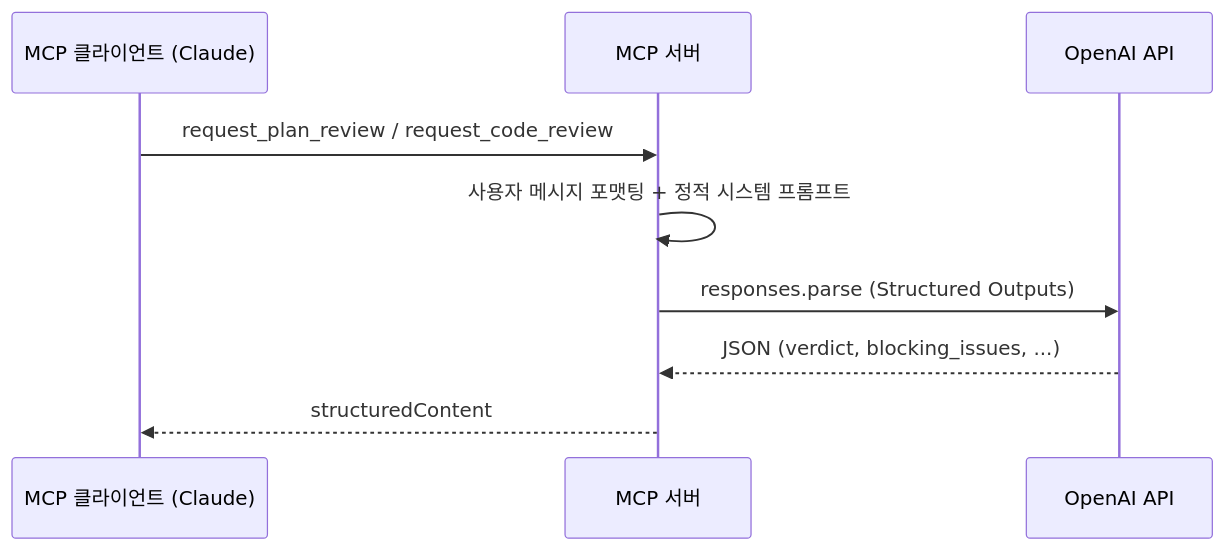
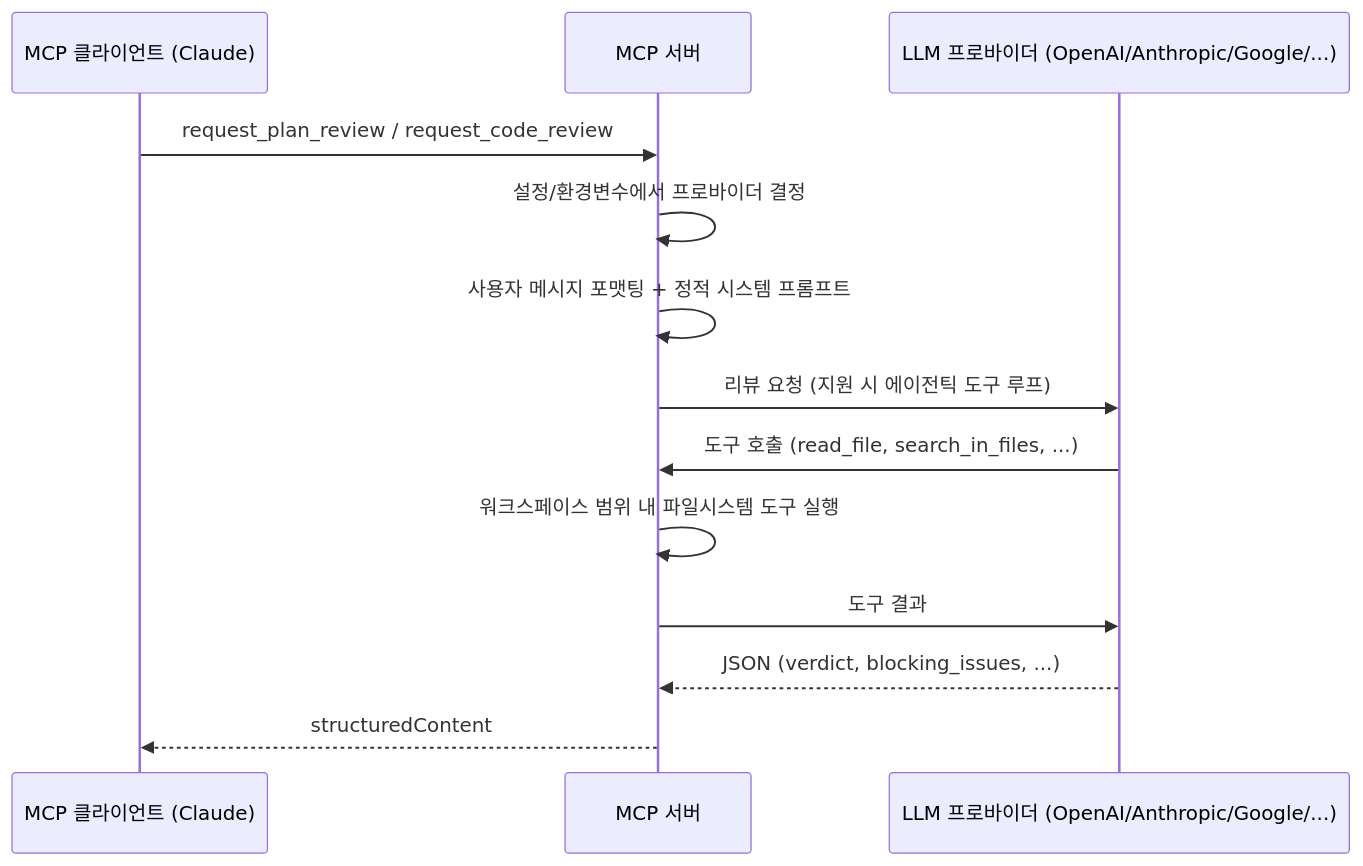
The second of 2 diagrams in README.ko.md (Planningo/duul), drawn with Mermaid before and after one commit. The commit also changed other lines of this file and 21 other files, not shown here.

````diff
--- a/README.ko.md
+++ b/README.ko.md
@@ -48,12 +54,16 @@
 ```mermaid
 sequenceDiagram
     participant Client as MCP 클라이언트 (Claude)
     participant Server as MCP 서버
-    participant OpenAI as OpenAI API
+    participant Provider as LLM 프로바이더 (OpenAI/Anthropic/Google/...)
 
     Client->>Server: request_plan_review / request_code_review
+    Server->>Server: 설정/환경변수에서 프로바이더 결정
     Server->>Server: 사용자 메시지 포맷팅 + 정적 시스템 프롬프트
-    Server->>OpenAI: responses.parse (Structured Outputs)
-    OpenAI-->>Server: JSON (verdict, blocking_issues, ...)
+    Server->>Provider: 리뷰 요청 (지원 시 에이전틱 도구 루프)
+    Provider->>Server: 도구 호출 (read_file, search_in_files, ...)
+    Server->>Server: 워크스페이스 범위 내 파일시스템 도구 실행
+    Server->>Provider: 도구 결과
+    Provider-->>Server: JSON (verdict, blocking_issues, ...)
     Server-->>Client: structuredContent
 ```
````
